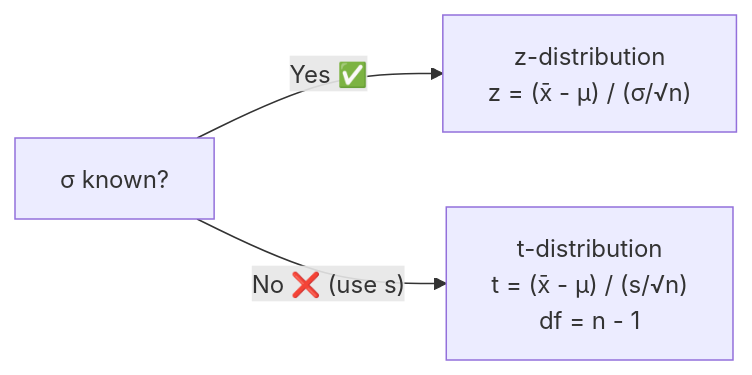
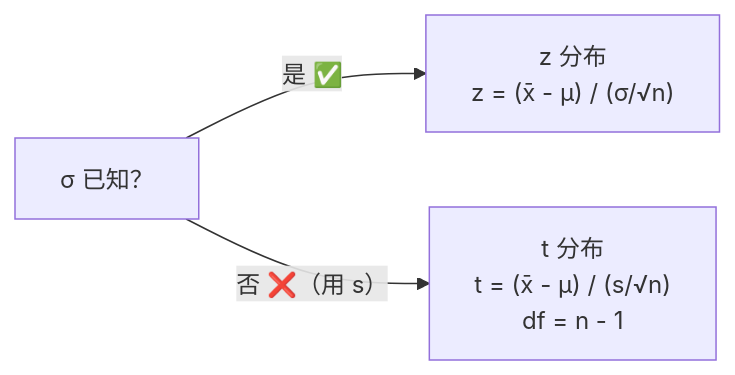
One commit to xieguaiwu/Notes changed the second of 2 diagrams in Math/Statistics/AP_Statistics/Sampling_Distribution_Means.md. Above: the diagram before and after it, drawn with Mermaid. The commit also changed other lines of this file and 30 other files, not shown here.

Commit message:
obsidian-note-generation: translate all AP Statistics notes to Chinese, fix format issues (H1, --- separators, Unicode→LaTeX), add chart types review note

````diff
--- a/Math/Statistics/AP_Statistics/Sampling_Distribution_Means.md
+++ b/Math/Statistics/AP_Statistics/Sampling_Distribution_Means.md
@@ -91,5 +83,5 @@
 ```mermaid
 flowchart LR
-    A["σ known?"] -->|"Yes ✅"| B["z-distribution<br/>z = (x̄ - μ) / (σ/√n)"]
-    A -->|"No ❌ (use s)"| C["t-distribution<br/>t = (x̄ - μ) / (s/√n)<br/>df = n - 1"]
+    A["σ 已知？"] -->|"是 ✅"| B["z 分布<br/>z = (x̄ - μ) / (σ/√n)"]
+    A -->|"否 ❌（用 s）"| C["t 分布<br/>t = (x̄ - μ) / (s/√n)<br/>df = n - 1"]
 ```
````
